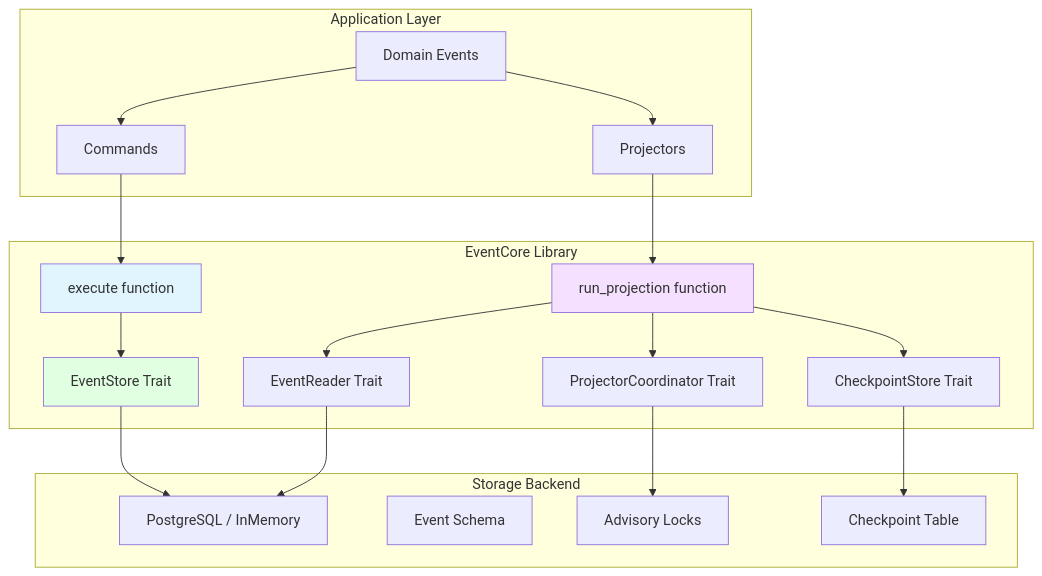
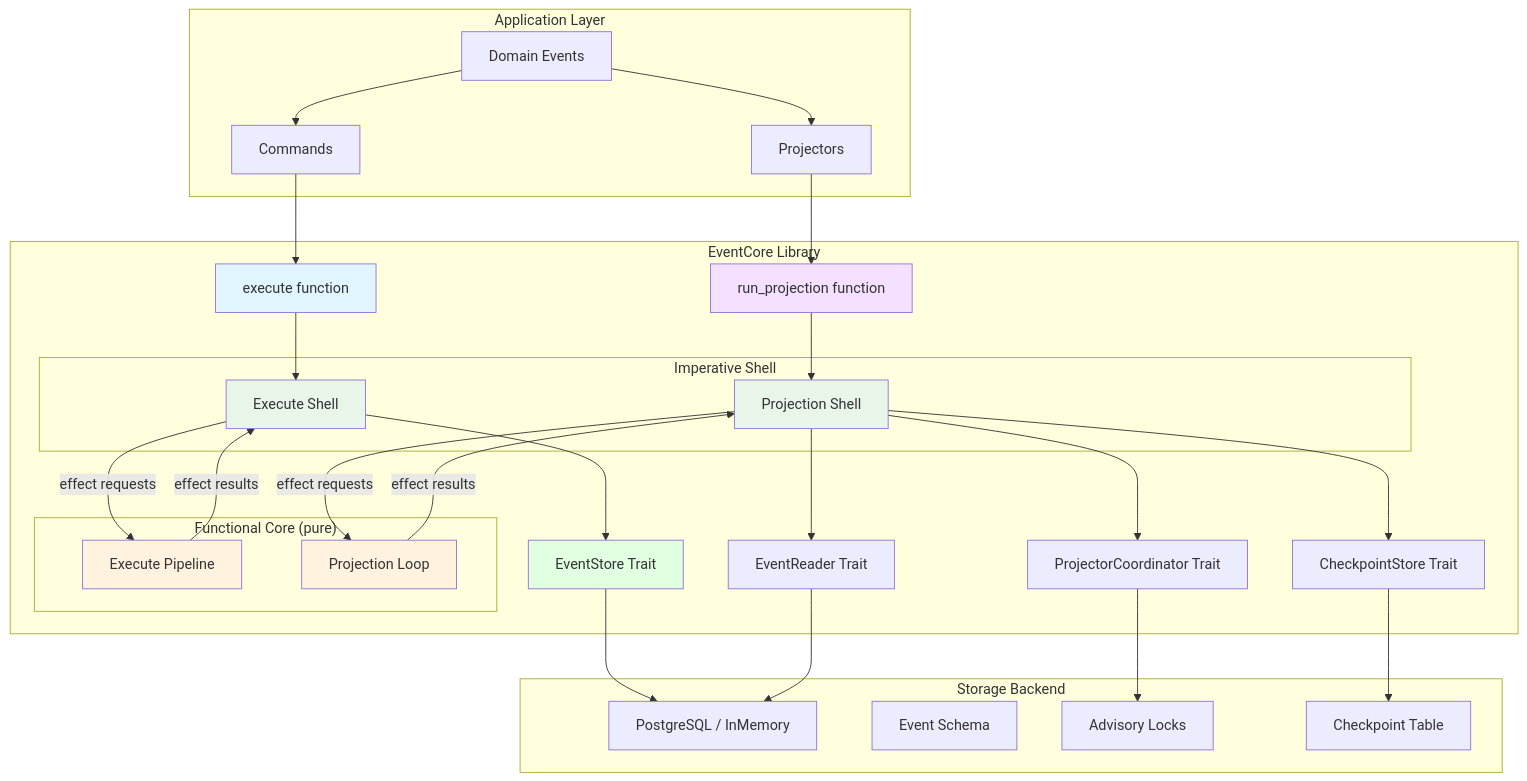
One commit to jwilger/eventcore changed the first of 4 diagrams in docs/ARCHITECTURE.md. Above: the diagram before and after it, drawn with Mermaid. The commit also changed other lines of this file, not shown here.

First line of the commit message:
ADR: Effect Pattern for Core APIs (#298)

````diff
--- a/docs/ARCHITECTURE.md
+++ b/docs/ARCHITECTURE.md
@@ -12,43 +12,61 @@
 ```mermaid
 graph TB
     subgraph Application Layer
         Cmd[Commands]
         Proj[Projectors]
         Domain[Domain Events]
     end
 
     subgraph EventCore Library
+        subgraph "Functional Core (pure)"
+            ExecSM[Execute Pipeline]
+            ProjSM[Projection Loop]
+        end
+        subgraph "Imperative Shell"
+            ExecShell[Execute Shell]
+            ProjShell[Projection Shell]
+        end
         Exec[execute function]
         RunProj[run_projection function]
         ES[EventStore Trait]
         ER[EventReader Trait]
         CS[CheckpointStore Trait]
         PC[ProjectorCoordinator Trait]
     end
 
     subgraph Storage Backend
         PG[PostgreSQL / InMemory]
         Schema[Event Schema]
         Locks[Advisory Locks]
         Checkpoints[Checkpoint Table]
     end
 
     Cmd --> Exec
-    Exec --> ES
+    Exec --> ExecShell
+    ExecShell -- "effect requests" --> ExecSM
+    ExecSM -- "effect results" --> ExecShell
+    ExecShell --> ES
     ES --> PG
 
     Proj --> RunProj
-    RunProj --> ER
-    RunProj --> CS
-    RunProj --> PC
+    RunProj --> ProjShell
+    ProjShell -- "effect requests" --> ProjSM
+    ProjSM -- "effect results" --> ProjShell
+    ProjShell --> ER
+    ProjShell --> CS
+    ProjShell --> PC
     ER --> PG
     CS --> Checkpoints
     PC --> Locks
 
     Domain --> Cmd
     Domain --> Proj
 
     style Exec fill:#e1f5ff
     style RunProj fill:#f5e1ff
+    style ExecSM fill:#fff3e0
+    style ProjSM fill:#fff3e0
+    style ExecShell fill:#e8f5e9
+    style ProjShell fill:#e8f5e9
     style ES fill:#e1ffe1
 ```
````
